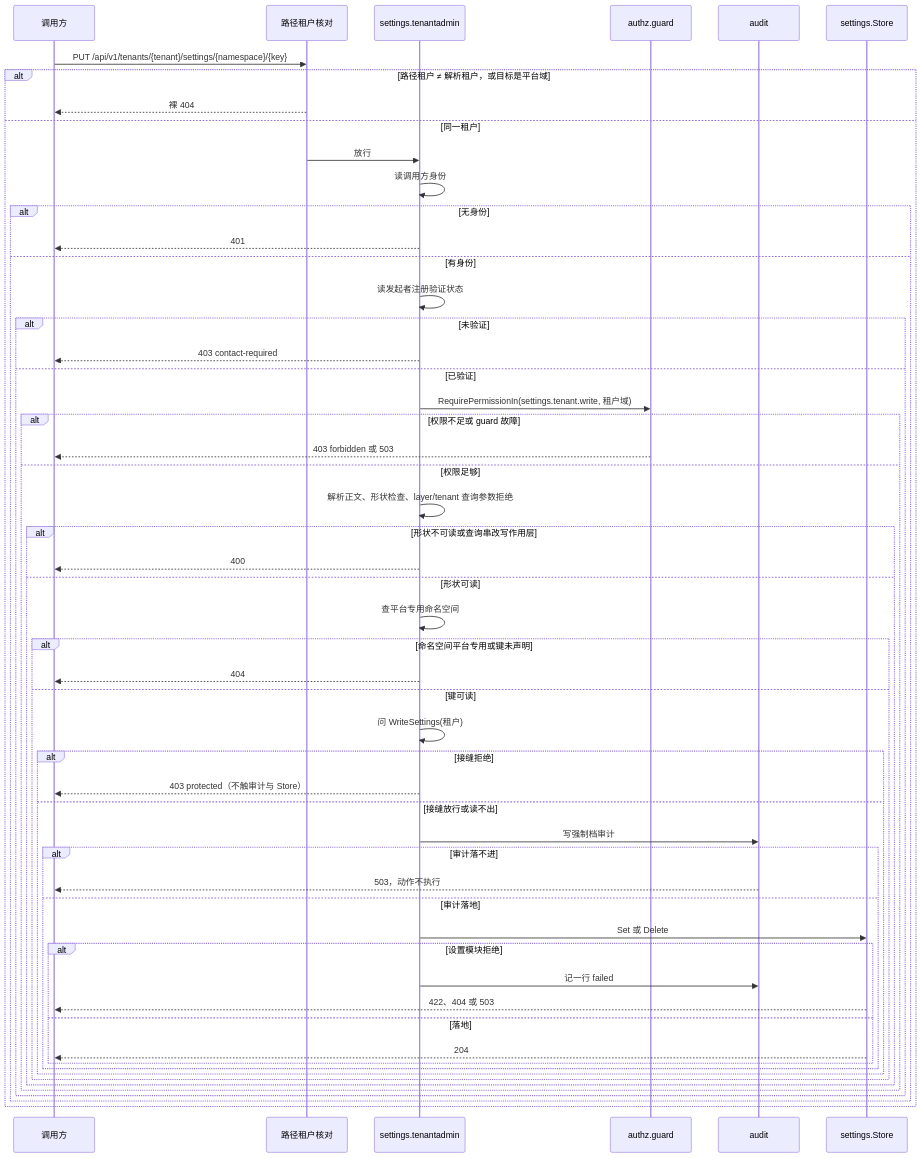
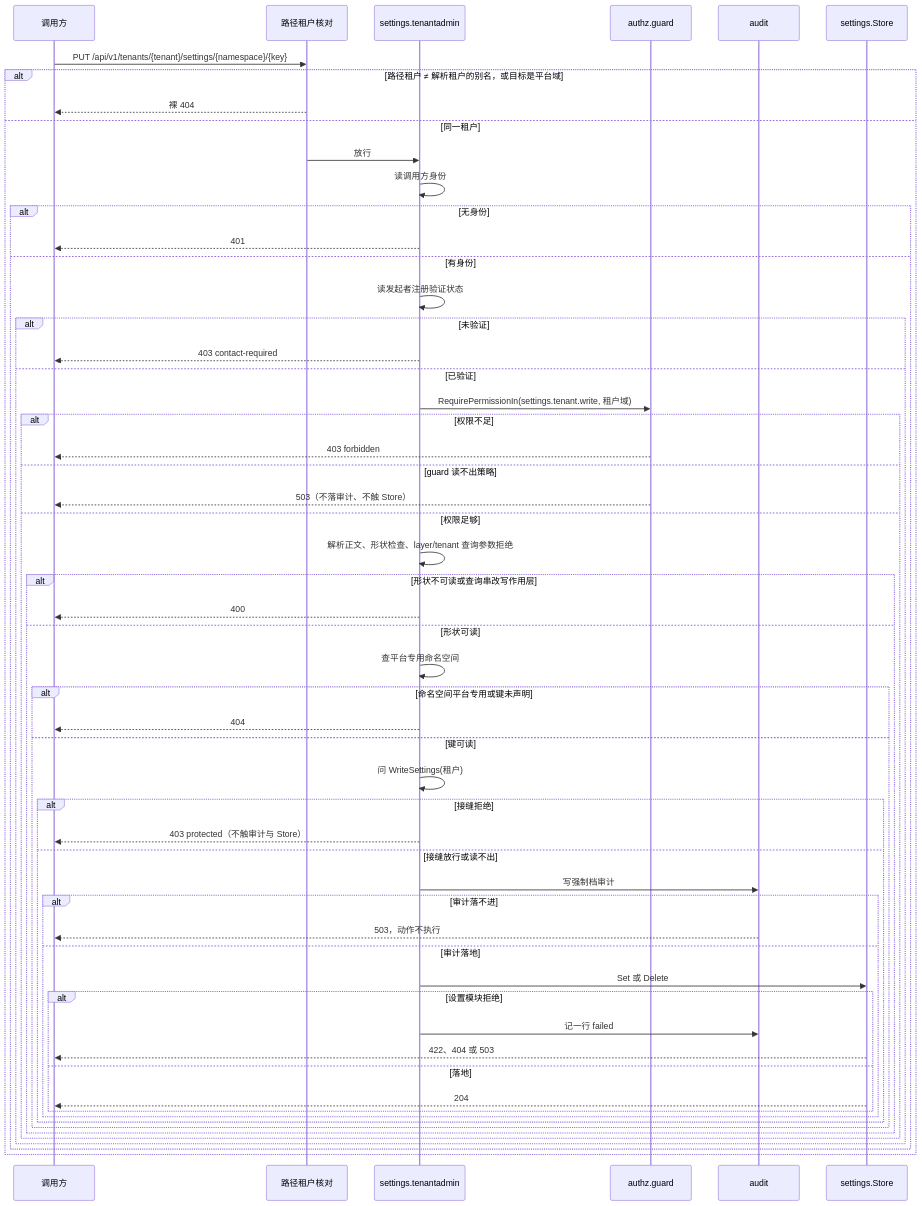
Before and after one commit to wangzw/speed: the diagram in docs/design/modules/settings/design-settings-tenantadmin.md, drawn with Mermaid. The commit also changed other lines of this file and 28 other files, not shown here.

````diff
--- a/docs/design/modules/settings/design-settings-tenantadmin.md
+++ b/docs/design/modules/settings/design-settings-tenantadmin.md
@@ -124,58 +124,60 @@
 ```mermaid
 sequenceDiagram
     participant C as 调用方
     participant T as 路径租户核对
     participant H as settings.tenantadmin
     participant G as authz.guard
     participant A as audit
     participant S as settings.Store
 
     C->>T: PUT /api/v1/tenants/{tenant}/settings/{namespace}/{key}
-    alt 路径租户 ≠ 解析租户，或目标是平台域
+    alt 路径租户 ≠ 解析租户的别名，或目标是平台域
         T-->>C: 裸 404
     else 同一租户
         T->>H: 放行
         H->>H: 读调用方身份
         alt 无身份
             H-->>C: 401
         else 有身份
             H->>H: 读发起者注册验证状态
             alt 未验证
                 H-->>C: 403 contact-required
             else 已验证
                 H->>G: RequirePermissionIn(settings.tenant.write, 租户域)
-                alt 权限不足或 guard 故障
-                    G-->>C: 403 forbidden 或 503
+                alt 权限不足
+                    G-->>C: 403 forbidden
+                else guard 读不出策略
+                    G-->>C: 503（不落审计、不触 Store）
                 else 权限足够
                     H->>H: 解析正文、形状检查、layer/tenant 查询参数拒绝
                     alt 形状不可读或查询串改写作用层
                         H-->>C: 400
                     else 形状可读
                         H->>H: 查平台专用命名空间
                         alt 命名空间平台专用或键未声明
                             H-->>C: 404
                         else 键可读
                             H->>H: 问 WriteSettings(租户)
                             alt 接缝拒绝
                                 H-->>C: 403 protected（不触审计与 Store）
                             else 接缝放行或读不出
                                 H->>A: 写强制档审计
                                 alt 审计落不进
                                     A-->>C: 503，动作不执行
                                 else 审计落地
                                     H->>S: Set 或 Delete
                                     alt 设置模块拒绝
                                         H->>A: 记一行 failed
                                         S-->>C: 422、404 或 503
                                     else 落地
                                         S-->>C: 204
                                     end
                                 end
                             end
                         end
                     end
                 end
             end
         end
     end
 ```
````
